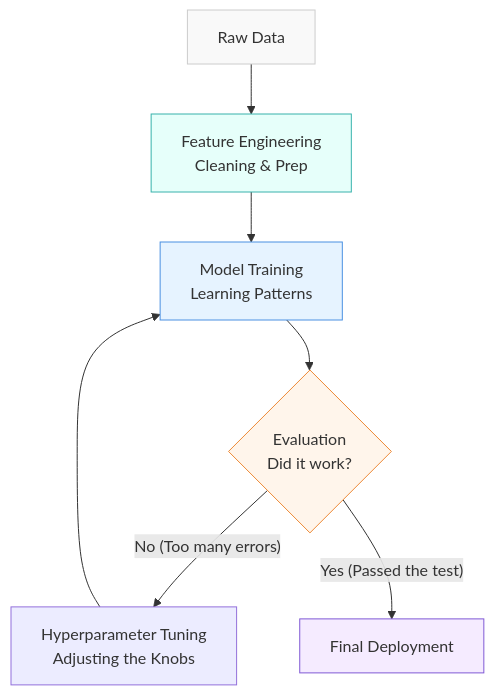
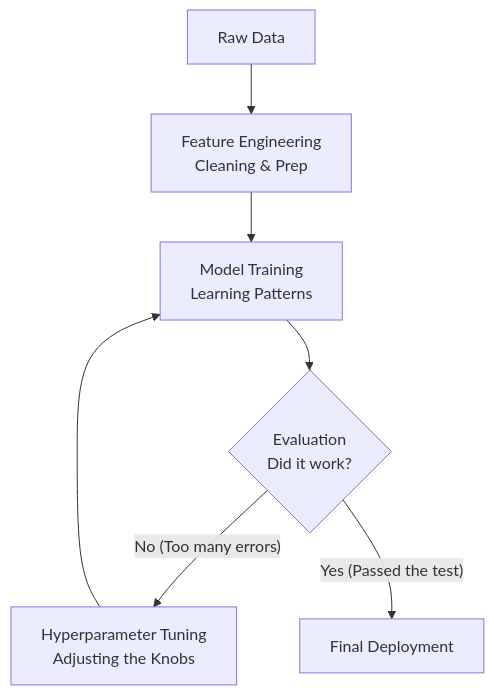
Before and after one commit to vdonthireddy/ai-knowledge-base: the diagram in line02_machine_learning.md, drawn with Mermaid. The commit also changed 30 other files, not shown here.

Commit message:
chore: Rename files and fix mermaid diagram styles for dark mode compatibility

````diff
--- a/line02_machine_learning.md
+++ b/line02_machine_learning.md
@@ -25,15 +25,10 @@
 ```mermaid
 graph TD
     A[Raw Data] --> B[Feature Engineering<br/>Cleaning & Prep]
     B --> C[Model Training<br/>Learning Patterns]
     C --> D{Evaluation<br/>Did it work?}
     D -- "No (Too many errors)" --> E[Hyperparameter Tuning<br/>Adjusting the Knobs]
     E --> C
     D -- "Yes (Passed the test)" --> F[Final Deployment]
 
-    style A fill:#f9f9f9,stroke:#ccc
-    style B fill:#e6fffa,stroke:#38b2ac
-    style C fill:#e6f3ff,stroke:#4a90e2
-    style D fill:#fff5eb,stroke:#ed8936
-    style F fill:#f5ebff,stroke:#805ad5
 ```
````
